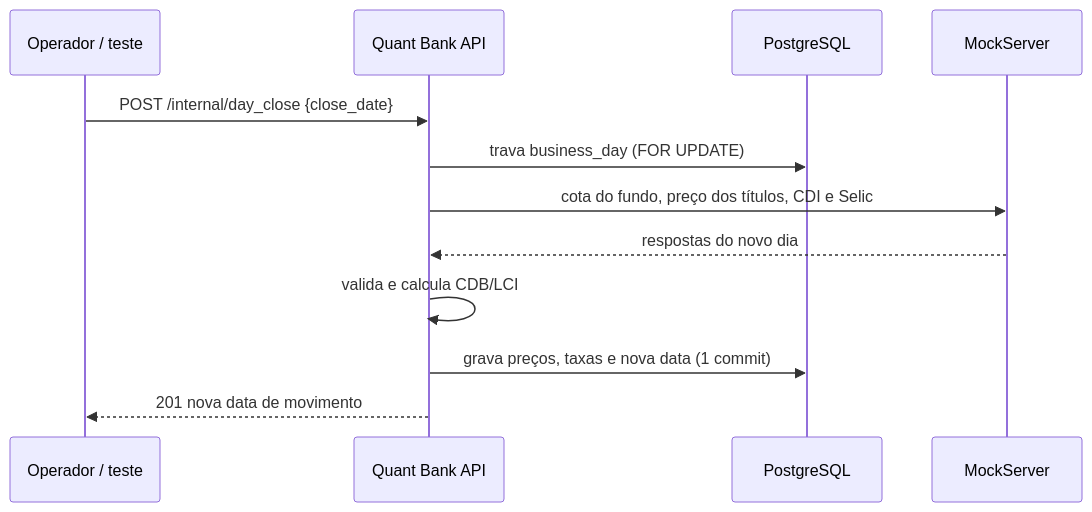
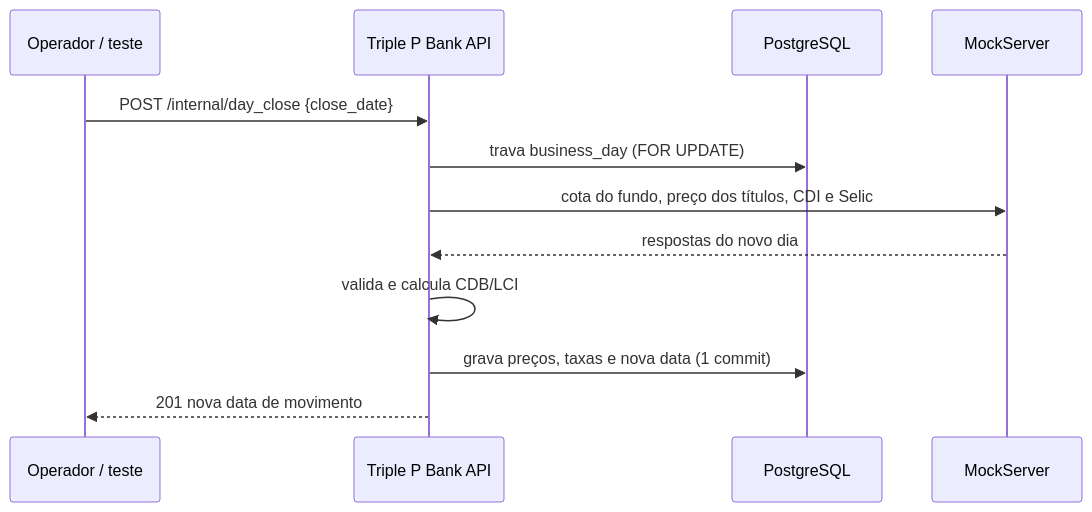
The diagram in docs/precificacao-e-fechamento-do-dia.md (heluylucas/bootcamp-qi-tech-presidas-), drawn with Mermaid before and after one commit. The commit also changed other lines of this file and 19 other files, not shown here.

Commit message:
:truck: rename: quant-bank-to-triple-p-bank

````diff
--- a/docs/precificacao-e-fechamento-do-dia.md
+++ b/docs/precificacao-e-fechamento-do-dia.md
@@ -74,14 +74,14 @@
 ```mermaid
 sequenceDiagram
     participant Op as Operador / teste
-    participant API as Quant Bank API
+    participant API as Triple P Bank API
     participant DB as PostgreSQL
     participant Mock as MockServer
     Op->>API: POST /internal/day_close {close_date}
     API->>DB: trava business_day (FOR UPDATE)
     API->>Mock: cota do fundo, preço dos títulos, CDI e Selic
     Mock-->>API: respostas do novo dia
     API->>API: valida e calcula CDB/LCI
     API->>DB: grava preços, taxas e nova data (1 commit)
     API-->>Op: 201 nova data de movimento
 ```
````
